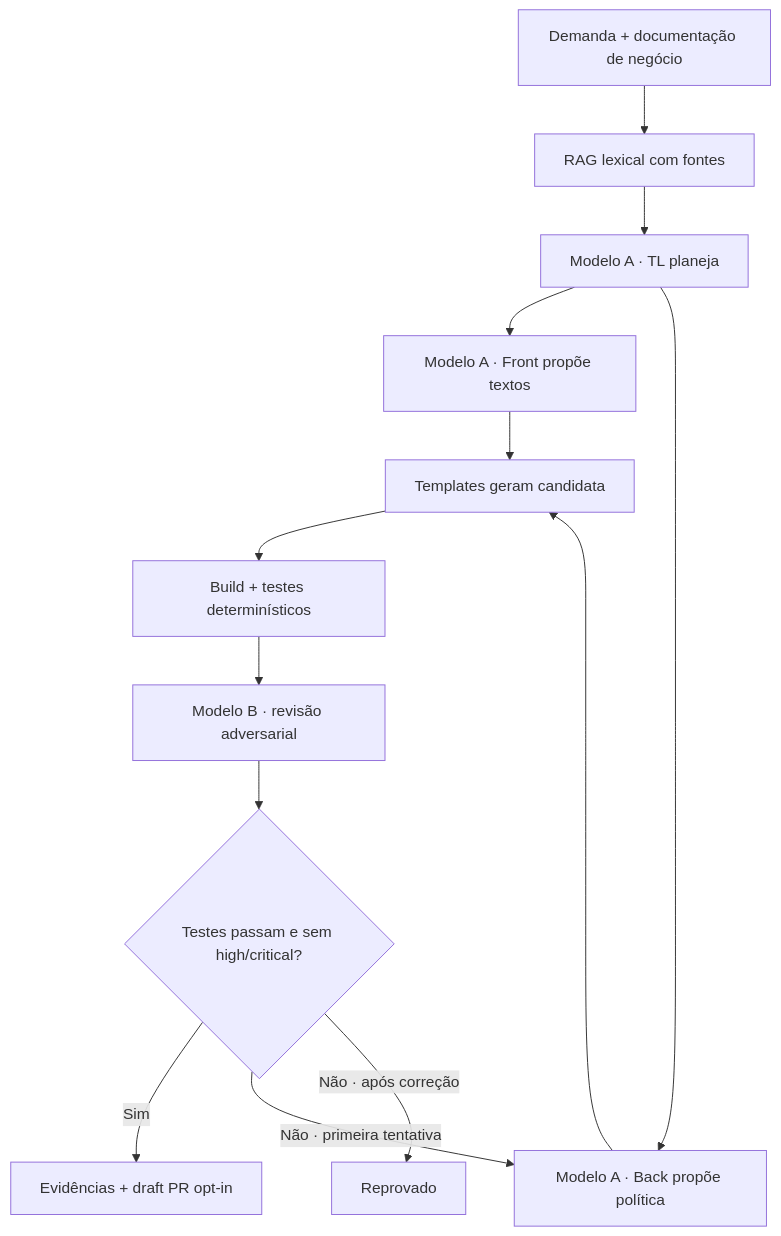
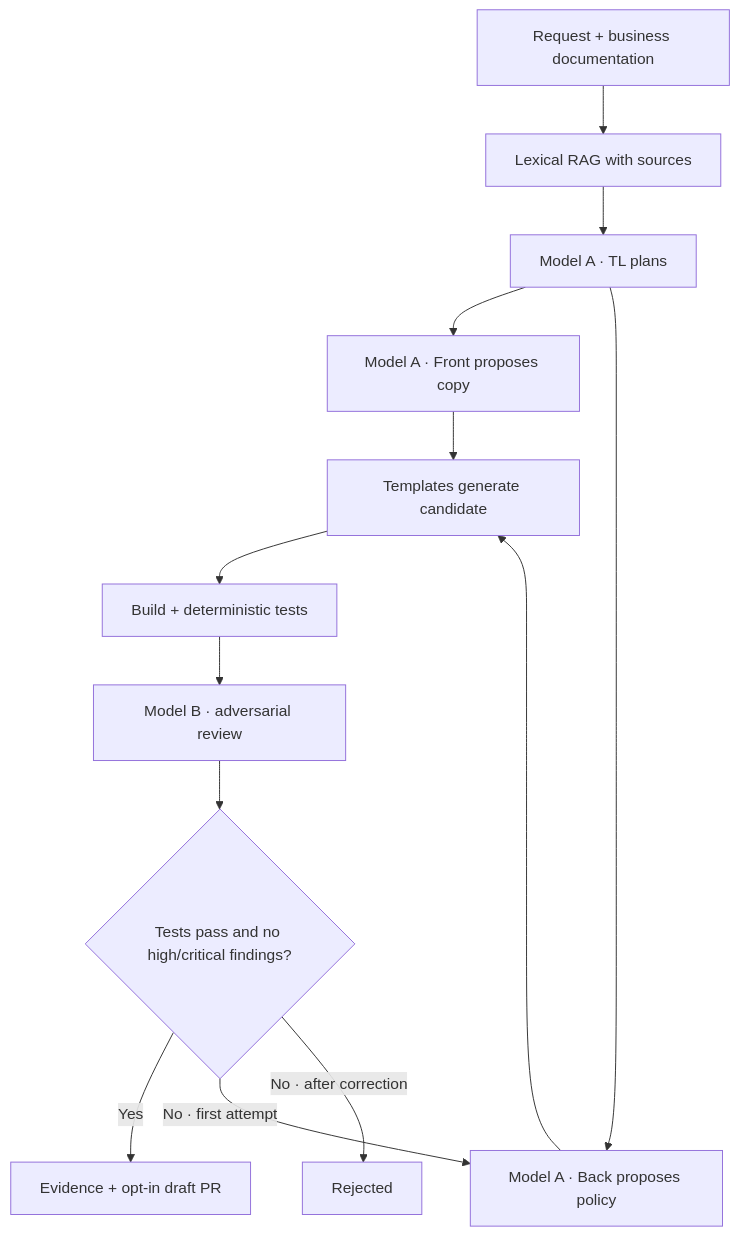
Before and after one commit to ueidesantos/kiss-ai-labs: the diagram in specs/lab-09-ai-squad/plan.md, drawn with Mermaid. The commit also changed other lines of this file and 98 other files, not shown here.

````diff
--- a/specs/lab-09-ai-squad/plan.md
+++ b/specs/lab-09-ai-squad/plan.md
@@ -3,15 +3,15 @@
 ```mermaid
 flowchart TD
-  D[Demanda + documentação de negócio] --> R[RAG lexical com fontes]
-  R --> TL[Modelo A · TL planeja]
-  TL --> F[Modelo A · Front propõe textos]
-  TL --> B[Modelo A · Back propõe política]
-  F --> C[Templates geram candidata]
+  D[Request + business documentation] --> R[Lexical RAG with sources]
+  R --> TL[Model A · TL plans]
+  TL --> F[Model A · Front proposes copy]
+  TL --> B[Model A · Back proposes policy]
+  F --> C[Templates generate candidate]
   B --> C
-  C --> T[Build + testes determinísticos]
-  T --> Q[Modelo B · revisão adversarial]
-  Q --> G{Testes passam e sem high/critical?}
-  G -->|Sim| E[Evidências + draft PR opt-in]
-  G -->|Não · primeira tentativa| B
-  G -->|Não · após correção| X[Reprovado]
+  C --> T[Build + deterministic tests]
+  T --> Q[Model B · adversarial review]
+  Q --> G{Tests pass and no high/critical findings?}
+  G -->|Yes| E[Evidence + opt-in draft PR]
+  G -->|No · first attempt| B
+  G -->|No · after correction| X[Rejected]
 ```
````
